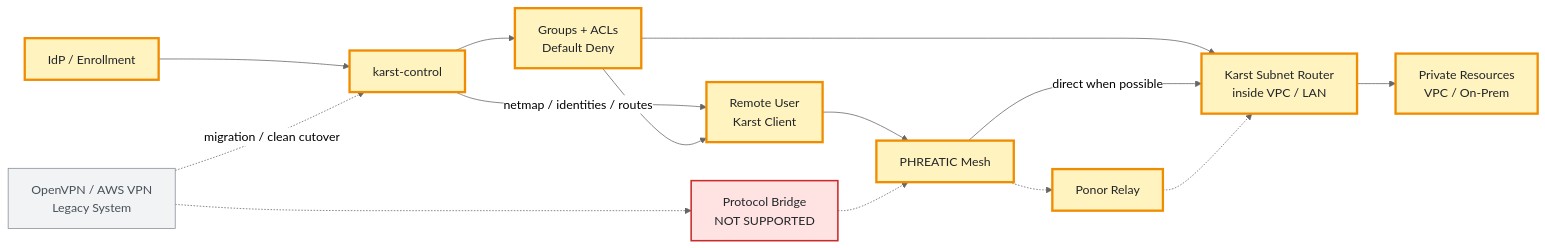
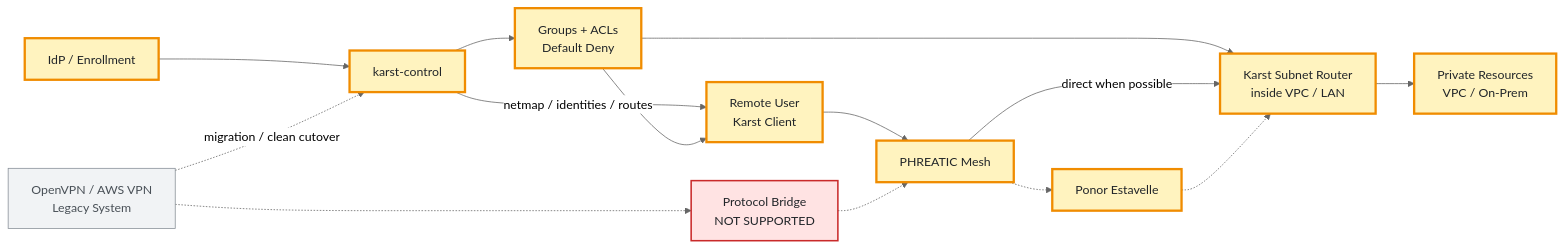
One commit to karst-net/karst changed the ninth of 9 diagrams in docs/CUSTOMER-SCENARIOS.md. Above: the diagram before and after it, drawn with Mermaid (neutral theme). The commit also changed other lines of this file and 474 other files, not shown here.

First line of the commit message:
Rename AVEN/Relay/Gateway to Resurgence/Estavelle/Aven (ADR-0069) (#557)

````diff
--- a/docs/CUSTOMER-SCENARIOS.md
+++ b/docs/CUSTOMER-SCENARIOS.md
@@ -574,34 +574,34 @@
 ```mermaid
 flowchart LR
     User["Remote User<br/>Karst Client"]
     Control["karst-control"]
     IdP["IdP / Enrollment"]
     Policy["Groups + ACLs<br/>Default Deny"]
     Mesh["PHREATIC Mesh"]
-    Relay["Ponor Relay"]
-    Gateway["Karst Subnet Router<br/>inside VPC / LAN"]
+    Estavelle["Ponor Estavelle"]
+    Aven["Karst Subnet Router<br/>inside VPC / LAN"]
     Private["Private Resources<br/>VPC / On-Prem"]
     Legacy["OpenVPN / AWS VPN<br/>Legacy System"]
     Bridge["Protocol Bridge<br/>NOT SUPPORTED"]
 
     IdP --> Control
     Control -->|"netmap / identities / routes"| User
     Control --> Policy
     Policy --> User
-    Policy --> Gateway
+    Policy --> Aven
     User --> Mesh
-    Mesh -->|"direct when possible"| Gateway
-    Mesh -.-> Relay
-    Relay -.-> Gateway
-    Gateway --> Private
+    Mesh -->|"direct when possible"| Aven
+    Mesh -.-> Estavelle
+    Estavelle -.-> Aven
+    Aven --> Private
     Legacy -.->|"migration / clean cutover"| Control
     Legacy -.-> Bridge
     Bridge -.-> Mesh
 
     classDef focus fill:#fff3bf,stroke:#f08c00,stroke-width:3px,color:#212529;
     classDef context fill:#f1f3f5,stroke:#868e96,color:#495057;
     classDef no fill:#ffe3e3,stroke:#c92a2a,stroke-width:2px,color:#212529;
-    class User,Control,IdP,Policy,Mesh,Relay,Gateway,Private focus;
+    class User,Control,IdP,Policy,Mesh,Estavelle,Aven,Private focus;
     class Legacy context;
     class Bridge no;
 ```
````
